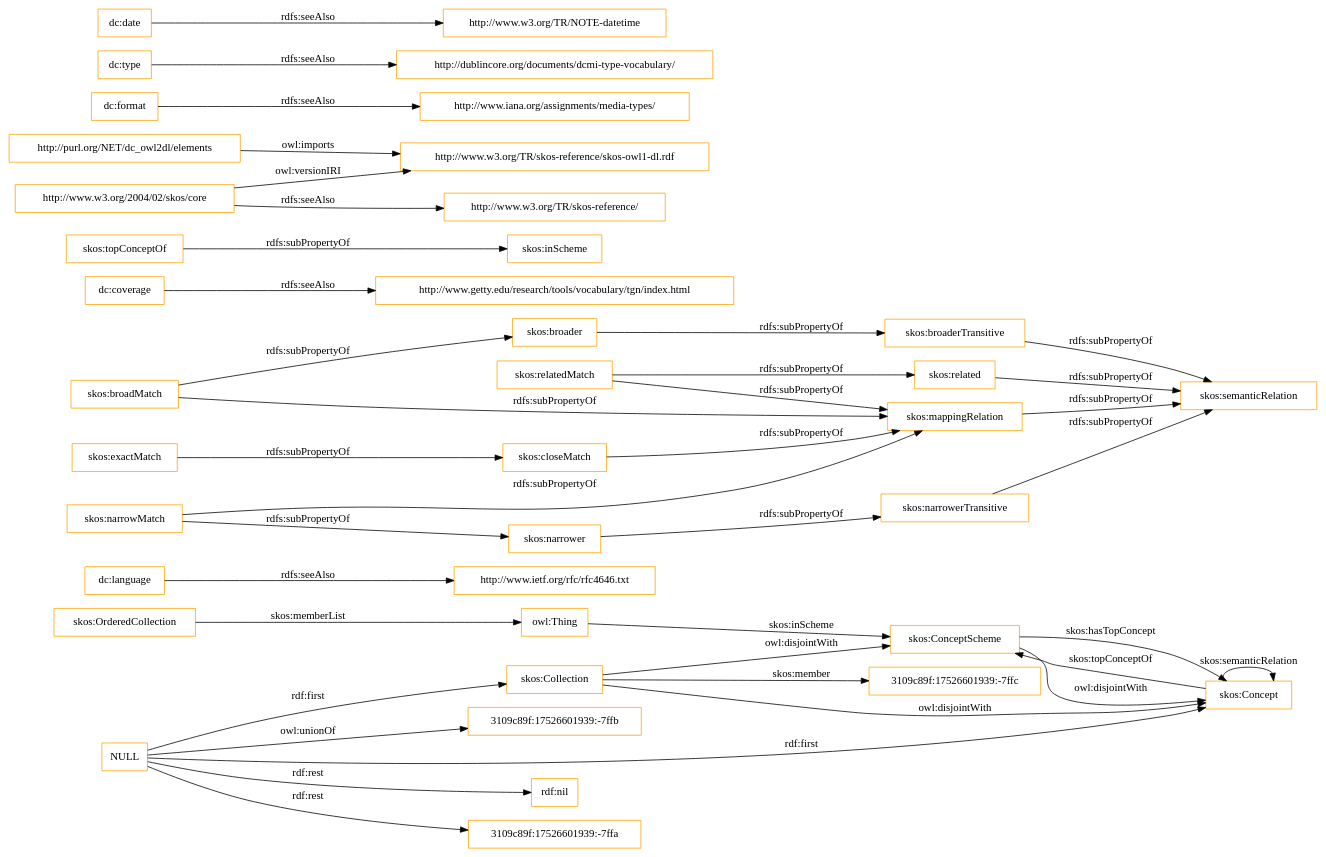
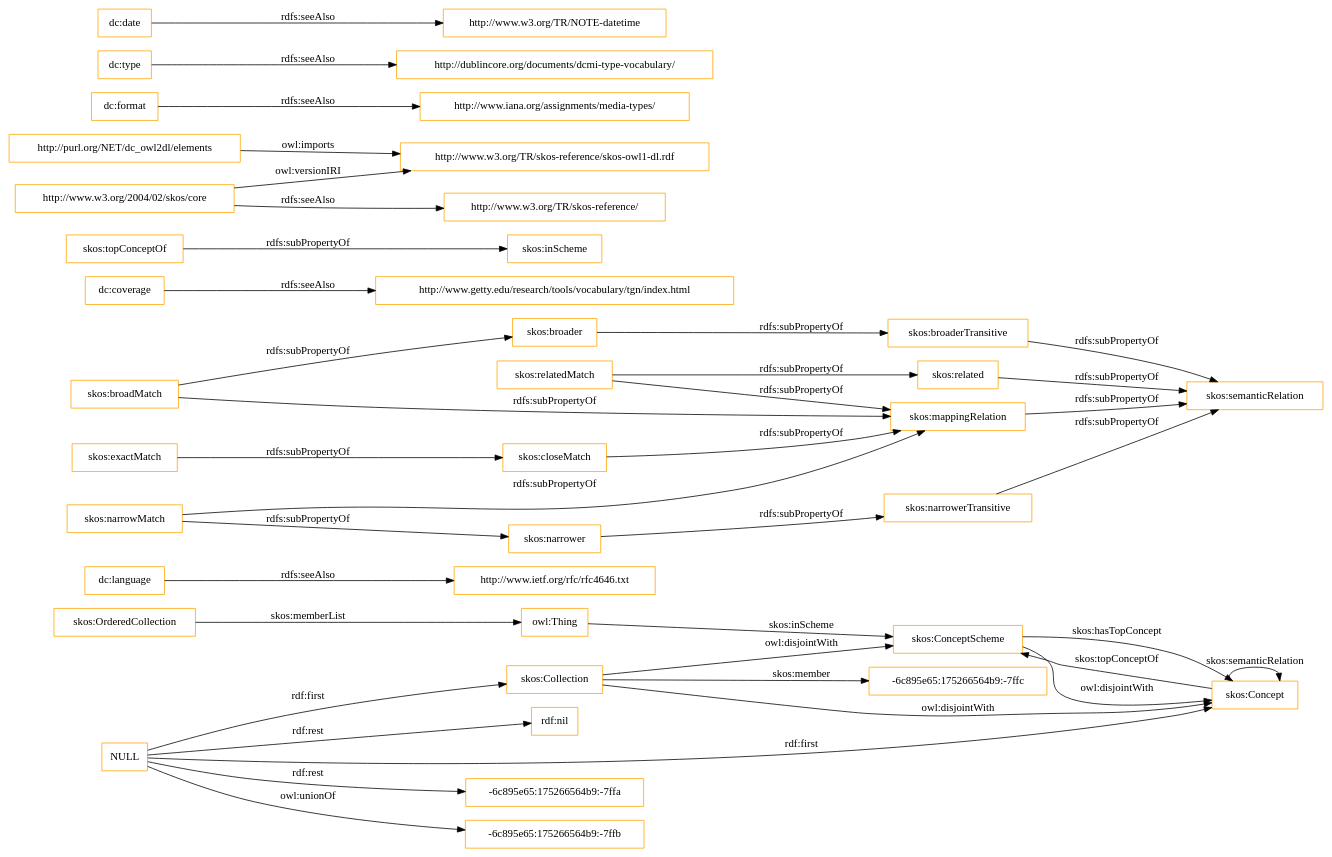
One commit to OnToologyUser/core-ontology-1 changed the diagram in OnToology/imports/elements.owl/diagrams/ar2dtool-class/elements.owl.png.dot. Above: the diagram before and after it, drawn with Graphviz. The commit also changed 14 other files, not shown here.

```diff
--- a/OnToology/imports/elements.owl/diagrams/ar2dtool-class/elements.owl.png.dot
+++ b/OnToology/imports/elements.owl/diagrams/ar2dtool-class/elements.owl.png.dot
@@ -1,43 +1,43 @@
 digraph ar2dtool_diagram { 
 rankdir=LR;
 size="1501"
-node [shape = rectangle, color="orange"]; "3109c89f:17526601939:-7ffc" "skos:OrderedCollection" "skos:Collection" "skos:ConceptScheme" "skos:Concept" ; /*classes style*/
+node [shape = rectangle, color="orange"]; "-6c895e65:175266564b9:-7ffc" "skos:OrderedCollection" "skos:Collection" "skos:ConceptScheme" "skos:Concept" ; /*classes style*/
 	"dc:language" -> "http://www.ietf.org/rfc/rfc4646.txt" [ label = "rdfs:seeAlso" ];
+	"NULL" -> "-6c895e65:175266564b9:-7ffa" [ label = "rdf:rest" ];
+	"NULL" -> "skos:Concept" [ label = "rdf:first" ];
+	"NULL" -> "-6c895e65:175266564b9:-7ffb" [ label = "owl:unionOf" ];
 	"NULL" -> "rdf:nil" [ label = "rdf:rest" ];
 	"NULL" -> "skos:Collection" [ label = "rdf:first" ];
-	"NULL" -> "3109c89f:17526601939:-7ffa" [ label = "rdf:rest" ];
-	"NULL" -> "skos:Concept" [ label = "rdf:first" ];
-	"NULL" -> "3109c89f:17526601939:-7ffb" [ label = "owl:unionOf" ];
 	"skos:closeMatch" -> "skos:mappingRelation" [ label = "rdfs:subPropertyOf" ];
 	"dc:coverage" -> "http://www.getty.edu/research/tools/vocabulary/tgn/index.html" [ label = "rdfs:seeAlso" ];
 	"skos:relatedMatch" -> "skos:related" [ label = "rdfs:subPropertyOf" ];
 	"skos:relatedMatch" -> "skos:mappingRelation" [ label = "rdfs:subPropertyOf" ];
 	"skos:ConceptScheme" -> "skos:Concept" [ label = "owl:disjointWith" ];
 	"skos:related" -> "skos:semanticRelation" [ label = "rdfs:subPropertyOf" ];
 	"skos:topConceptOf" -> "skos:inScheme" [ label = "rdfs:subPropertyOf" ];
 	"skos:broadMatch" -> "skos:broader" [ label = "rdfs:subPropertyOf" ];
 	"skos:broadMatch" -> "skos:mappingRelation" [ label = "rdfs:subPropertyOf" ];
 	"http://purl.org/NET/dc_owl2dl/elements" -> "http://www.w3.org/TR/skos-reference/skos-owl1-dl.rdf" [ label = "owl:imports" ];
 	"skos:exactMatch" -> "skos:closeMatch" [ label = "rdfs:subPropertyOf" ];
 	"dc:format" -> "http://www.iana.org/assignments/media-types/" [ label = "rdfs:seeAlso" ];
 	"skos:broaderTransitive" -> "skos:semanticRelation" [ label = "rdfs:subPropertyOf" ];
 	"dc:type" -> "http://dublincore.org/documents/dcmi-type-vocabulary/" [ label = "rdfs:seeAlso" ];
 	"skos:broader" -> "skos:broaderTransitive" [ label = "rdfs:subPropertyOf" ];
 	"skos:mappingRelation" -> "skos:semanticRelation" [ label = "rdfs:subPropertyOf" ];
 	"http://www.w3.org/2004/02/skos/core" -> "http://www.w3.org/TR/skos-reference/skos-owl1-dl.rdf" [ label = "owl:versionIRI" ];
 	"http://www.w3.org/2004/02/skos/core" -> "http://www.w3.org/TR/skos-reference/" [ label = "rdfs:seeAlso" ];
 	"skos:Collection" -> "skos:ConceptScheme" [ label = "owl:disjointWith" ];
 	"skos:Collection" -> "skos:Concept" [ label = "owl:disjointWith" ];
 	"skos:narrowMatch" -> "skos:narrower" [ label = "rdfs:subPropertyOf" ];
 	"skos:narrowMatch" -> "skos:mappingRelation" [ label = "rdfs:subPropertyOf" ];
 	"skos:narrower" -> "skos:narrowerTransitive" [ label = "rdfs:subPropertyOf" ];
 	"dc:date" -> "http://www.w3.org/TR/NOTE-datetime" [ label = "rdfs:seeAlso" ];
 	"skos:narrowerTransitive" -> "skos:semanticRelation" [ label = "rdfs:subPropertyOf" ];
 	"skos:OrderedCollection" -> "owl:Thing" [ label = "skos:memberList" ];
 	"skos:Concept" -> "skos:ConceptScheme" [ label = "skos:topConceptOf" ];
 	"skos:Concept" -> "skos:Concept" [ label = "skos:semanticRelation" ];
-	"skos:Collection" -> "3109c89f:17526601939:-7ffc" [ label = "skos:member" ];
+	"skos:Collection" -> "-6c895e65:175266564b9:-7ffc" [ label = "skos:member" ];
 	"skos:ConceptScheme" -> "skos:Concept" [ label = "skos:hasTopConcept" ];
 	"owl:Thing" -> "skos:ConceptScheme" [ label = "skos:inScheme" ];
 
 }
```
